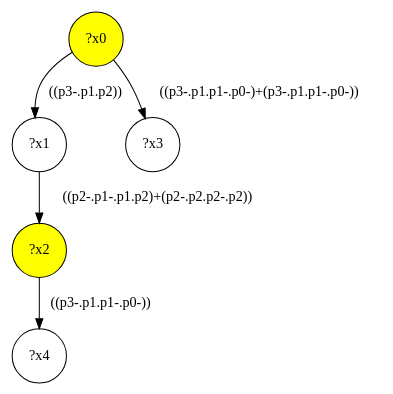
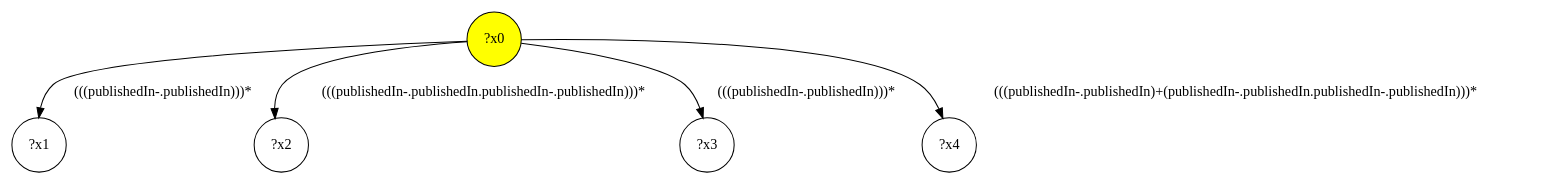
The diagram in src/queryinterface/interface-queries/query-34.dot (gbagan/gmark), drawn with Graphviz before and after one commit. The commit also changed 150 other files, not shown here.

```diff
--- a/src/queryinterface/interface-queries/query-34.dot
+++ b/src/queryinterface/interface-queries/query-34.dot
@@ -1,11 +1,11 @@
 digraph g {
 	x0 [fillcolor="yellow", style="filled," shape=circle, label="?x0"];
-	x2 [fillcolor="yellow", style="filled," shape=circle, label="?x2"];
 	x1 [shape=circle, label="?x1"];
-	x0 -> x1 [label="((p3-.p1.p2))"];
-	x1 -> x2 [label="((p2-.p1-.p1.p2)+(p2-.p2.p2-.p2))"];
+	x0 -> x1 [label="(((publishedIn-.publishedIn)))*"];
+	x2 [shape=circle, label="?x2"];
+	x0 -> x2 [label="(((publishedIn-.publishedIn.publishedIn-.publishedIn)))*"];
 	x3 [shape=circle, label="?x3"];
-	x0 -> x3 [label="((p3-.p1.p1-.p0-)+(p3-.p1.p1-.p0-))"];
+	x0 -> x3 [label="(((publishedIn-.publishedIn)))*"];
 	x4 [shape=circle, label="?x4"];
-	x2 -> x4 [label="((p3-.p1.p1-.p0-))"];
+	x0 -> x4 [label="(((publishedIn-.publishedIn)+(publishedIn-.publishedIn.publishedIn-.publishedIn)))*"];
 }
```
